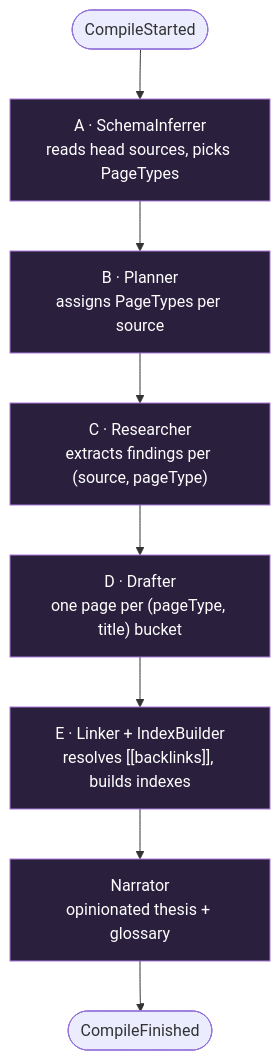
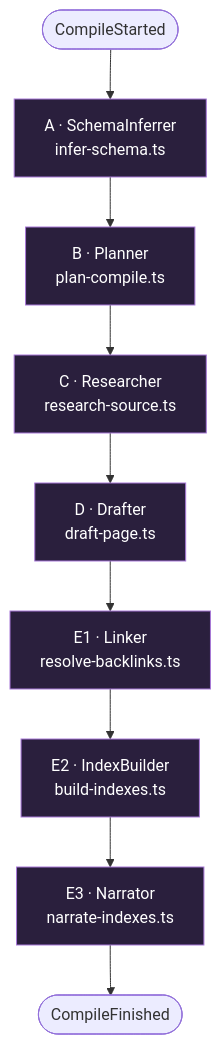
The third of 4 diagrams in docs/architecture/code-tour.md (tonestrike/knowledge-base-wiki), drawn with Mermaid before and after one commit. The commit also changed other lines of this file and 1 other file, not shown here.

First line of the commit message:
docs: line-anchored deep links throughout code-tour + perspective-flow

````diff
--- a/docs/architecture/code-tour.md
+++ b/docs/architecture/code-tour.md
@@ -131,13 +140,22 @@
 ```mermaid
 flowchart TD
-    Start([CompileStarted]) --> S1["A · SchemaInferrer<br/>reads head sources, picks PageTypes"]
-    S1 --> S2["B · Planner<br/>assigns PageTypes per source"]
-    S2 --> S3["C · Researcher<br/>extracts findings per (source, pageType)"]
-    S3 --> S4["D · Drafter<br/>one page per (pageType, title) bucket"]
-    S4 --> S5["E · Linker + IndexBuilder<br/>resolves [[backlinks]], builds indexes"]
-    S5 --> S6["Narrator<br/>opinionated thesis + glossary"]
-    S6 --> End([CompileFinished])
+    Start([CompileStarted]) --> S1["A · SchemaInferrer<br/>infer-schema.ts"]
+    S1 --> S2["B · Planner<br/>plan-compile.ts"]
+    S2 --> S3["C · Researcher<br/>research-source.ts"]
+    S3 --> S4["D · Drafter<br/>draft-page.ts"]
+    S4 --> S5["E1 · Linker<br/>resolve-backlinks.ts"]
+    S5 --> S6["E2 · IndexBuilder<br/>build-indexes.ts"]
+    S6 --> S7["E3 · Narrator<br/>narrate-indexes.ts"]
+    S7 --> End([CompileFinished])
+
+    click S1 "../../packages/domains/wiki/src/application/infer-schema.ts#L66" "inferSchema (Sonnet 4.6)"
+    click S2 "../../packages/domains/wiki/src/application/plan-compile.ts#L71" "planCompile (Haiku 4.5)"
+    click S3 "../../packages/domains/wiki/src/application/research-source.ts#L89" "researchSource (Haiku 4.5, per source)"
+    click S4 "../../packages/domains/wiki/src/application/draft-page.ts#L129" "draftPage (Sonnet 4.6, per bucket)"
+    click S5 "../../packages/domains/wiki/src/application/resolve-backlinks.ts#L15" "resolveBacklinks"
+    click S6 "../../packages/domains/wiki/src/application/build-indexes.ts#L27" "buildIndexes"
+    click S7 "../../packages/domains/wiki/src/application/narrate-indexes.ts#L64" "narrateIndexes (Haiku 4.5)"
 
     classDef stage fill:#2a1f3d,stroke:#a878d8,color:#fff;
-    class S1,S2,S3,S4,S5,S6 stage;
+    class S1,S2,S3,S4,S5,S6,S7 stage;
 ```
````
